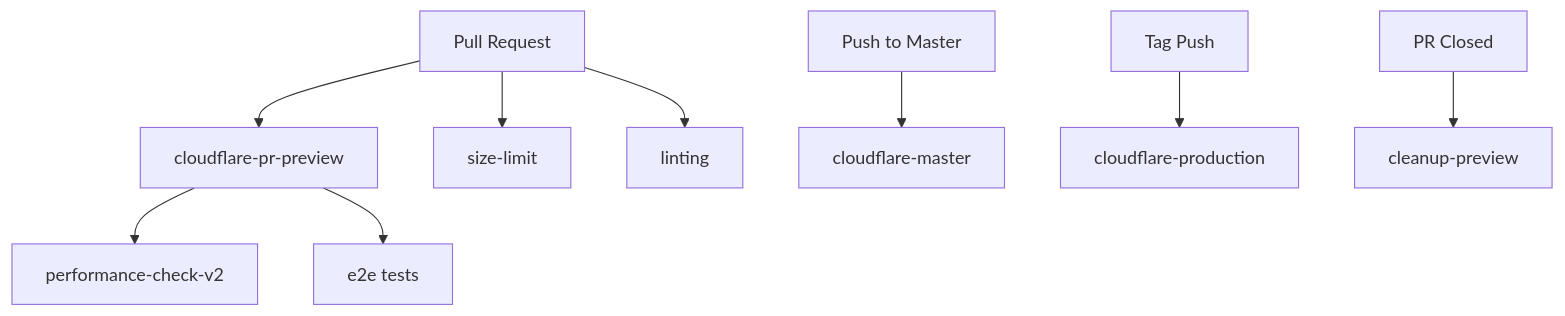
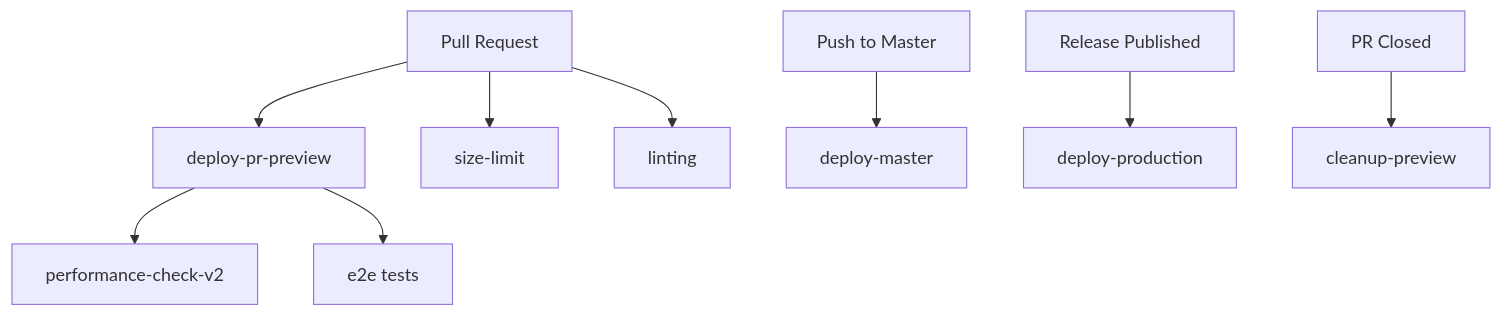
One commit to barde/phialoastro changed the second of 2 diagrams in .github/workflows/README.md. Above: the diagram before and after it, drawn with Mermaid. The commit also changed other lines of this file and 13 other files, not shown here.

````diff
--- a/.github/workflows/README.md
+++ b/.github/workflows/README.md
@@ -89,11 +124,11 @@
 ```mermaid
 graph TD
-    PR[Pull Request] --> Deploy[cloudflare-pr-preview]
+    PR[Pull Request] --> Deploy[deploy-pr-preview]
     Deploy --> Perf[performance-check-v2]
     Deploy --> E2E[e2e tests]
     PR --> Size[size-limit]
     PR --> Lint[linting]
-    Master[Push to Master] --> MasterDeploy[cloudflare-master]
-    Tag[Tag Push] --> Prod[cloudflare-production]
+    Master[Push to Master] --> MasterDeploy[deploy-master]
+    Release[Release Published] --> Prod[deploy-production]
     Close[PR Closed] --> Cleanup[cleanup-preview]
 ```
````
